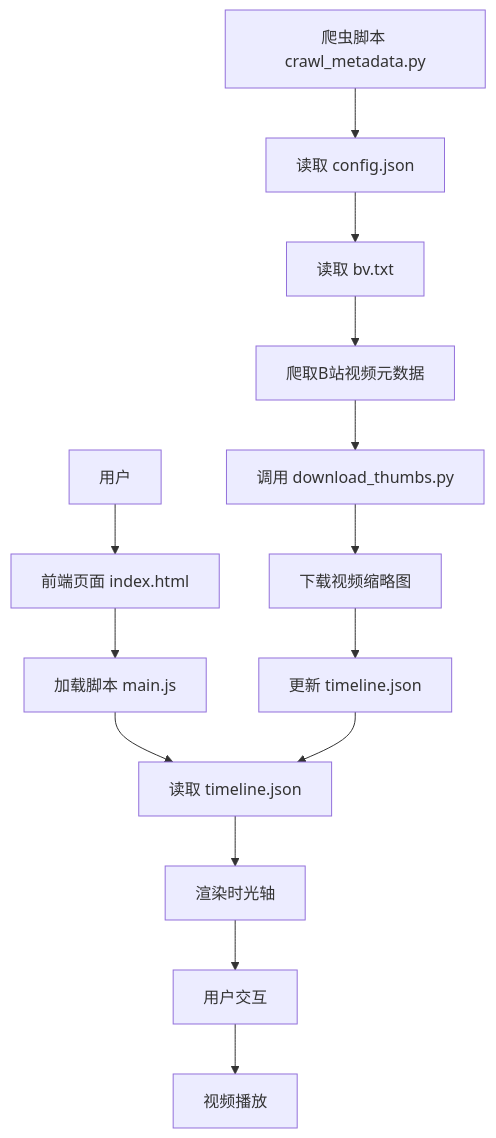
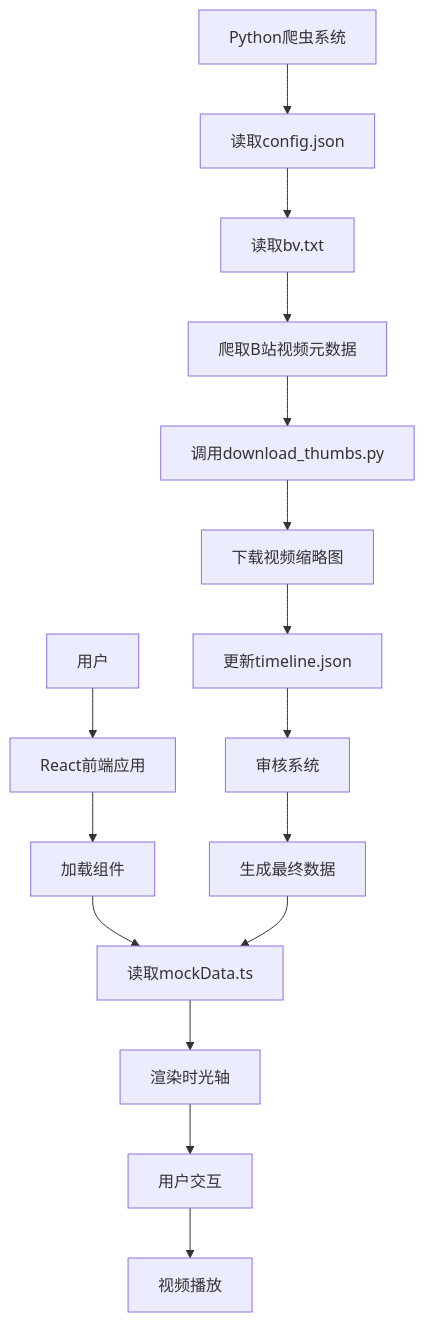
The diagram in docs/项目分析文档.md (forzenfox/VidTimelineX), drawn with Mermaid before and after one commit. The commit also changed other lines of this file and 12 other files, not shown here.

````diff
--- a/docs/项目分析文档.md
+++ b/docs/项目分析文档.md
@@ -64,17 +109,19 @@
 ```mermaid
 flowchart TD
-    A[用户] --> B[前端页面 index.html]
-    B --> C[加载脚本 main.js]
-    C --> D[读取 timeline.json]
+    A[用户] --> B[React前端应用]
+    B --> C[加载组件]
+    C --> D[读取mockData.ts]
     D --> E[渲染时光轴]
     E --> F[用户交互]
     F --> G[视频播放]
     
-    H[爬虫脚本 crawl_metadata.py] --> I[读取 config.json]
-    I --> J[读取 bv.txt]
+    H[Python爬虫系统] --> I[读取config.json]
+    I --> J[读取bv.txt]
     J --> K[爬取B站视频元数据]
-    K --> L[调用 download_thumbs.py]
+    K --> L[调用download_thumbs.py]
     L --> M[下载视频缩略图]
-    M --> N[更新 timeline.json]
-    N --> D
+    M --> N[更新timeline.json]
+    N --> O[审核系统]
+    O --> P[生成最终数据]
+    P --> D
 ```
````
